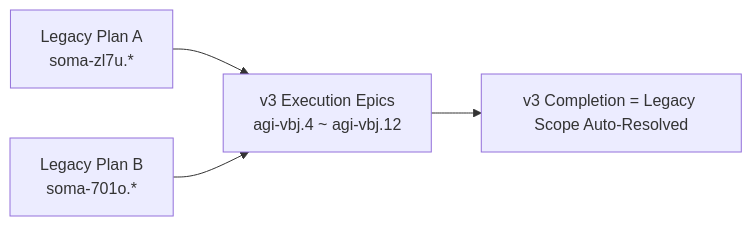
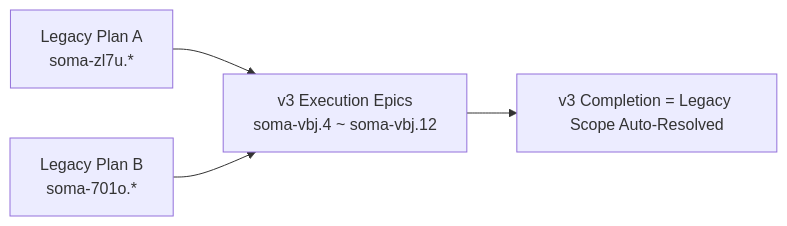
One commit to 2lab-ai/soma changed the fifth of 6 diagrams in docs/refactor-v3-visualization.md. Above: the diagram before and after it, drawn with Mermaid. The commit also changed 4 other files, not shown here.

````diff
--- a/docs/refactor-v3-visualization.md
+++ b/docs/refactor-v3-visualization.md
@@ -105,6 +105,6 @@
 ```mermaid
 flowchart LR
-  OLD1["Legacy Plan A\nsoma-zl7u.*"] --> NEW["v3 Execution Epics\nagi-vbj.4 ~ agi-vbj.12"]
+  OLD1["Legacy Plan A\nsoma-zl7u.*"] --> NEW["v3 Execution Epics\nsoma-vbj.4 ~ soma-vbj.12"]
   OLD2["Legacy Plan B\nsoma-701o.*"] --> NEW
   NEW --> DONE["v3 Completion = Legacy Scope Auto-Resolved"]
 ```
````
